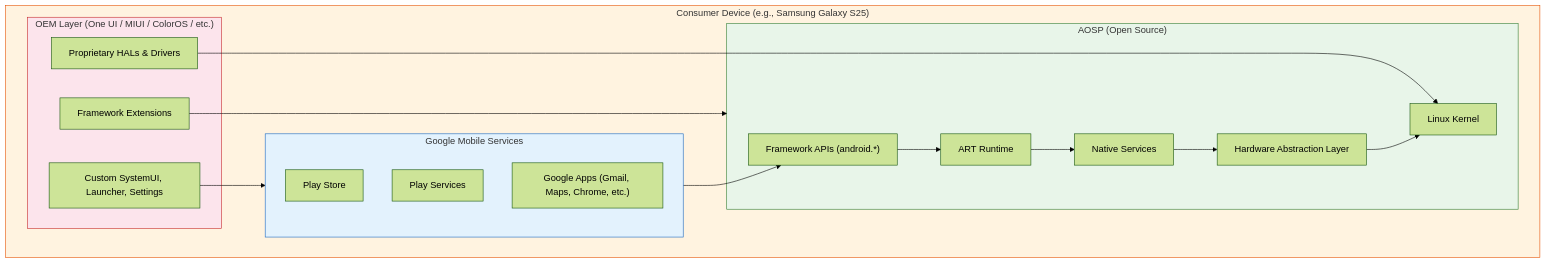
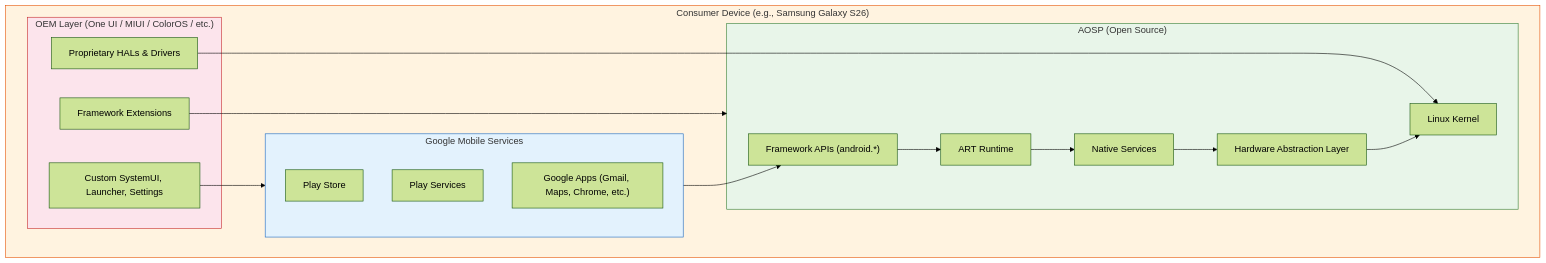
The first of 21 diagrams in agents/claude/skills/aosp-getting-started/01-introduction.md (aospbooks/aosp-internal-book), drawn with Mermaid (forest theme) before and after one commit. The commit also changed other lines of this file and 232 other files, not shown here.

````diff
--- a/agents/claude/skills/aosp-getting-started/01-introduction.md
+++ b/agents/claude/skills/aosp-getting-started/01-introduction.md
@@ -137,36 +145,36 @@
 ```mermaid
 graph TB
-    subgraph Consumer["Consumer Device (e.g., Samsung Galaxy S25)"]
+    subgraph Consumer["Consumer Device (e.g., Samsung Galaxy S26)"]
         subgraph OEM["OEM Layer (One UI / MIUI / ColorOS / etc.)"]
             OEM_UI["Custom SystemUI, Launcher, Settings"]
             OEM_FW["Framework Extensions"]
             OEM_HAL["Proprietary HALs & Drivers"]
         end
         subgraph GMS["Google Mobile Services"]
             PlayStore["Play Store"]
             PlayServices["Play Services"]
             GoogleApps["Google Apps (Gmail, Maps, Chrome, etc.)"]
         end
         subgraph AOSP_Layer["AOSP (Open Source)"]
             Framework["Framework APIs (android.*)"]
             Runtime["ART Runtime"]
             NativeServices["Native Services"]
             HAL["Hardware Abstraction Layer"]
             Kernel["Linux Kernel"]
         end
     end
 
     OEM_UI --> GMS
     OEM_FW --> AOSP_Layer
     OEM_HAL --> Kernel
     GMS --> Framework
     Framework --> Runtime
     Runtime --> NativeServices
     NativeServices --> HAL
     HAL --> Kernel
 
     style AOSP_Layer fill:#e8f5e9,stroke:#2e7d32
     style GMS fill:#e3f2fd,stroke:#1565c0
     style OEM fill:#fce4ec,stroke:#c62828
     style Consumer fill:#fff3e0,stroke:#e65100
 ```
````
